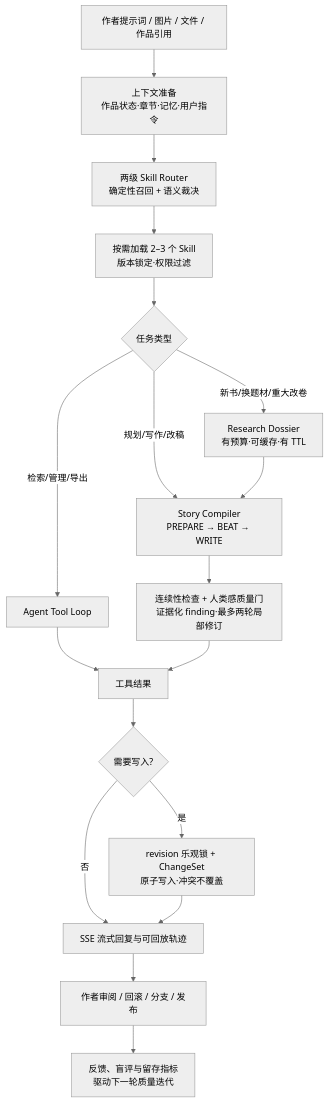
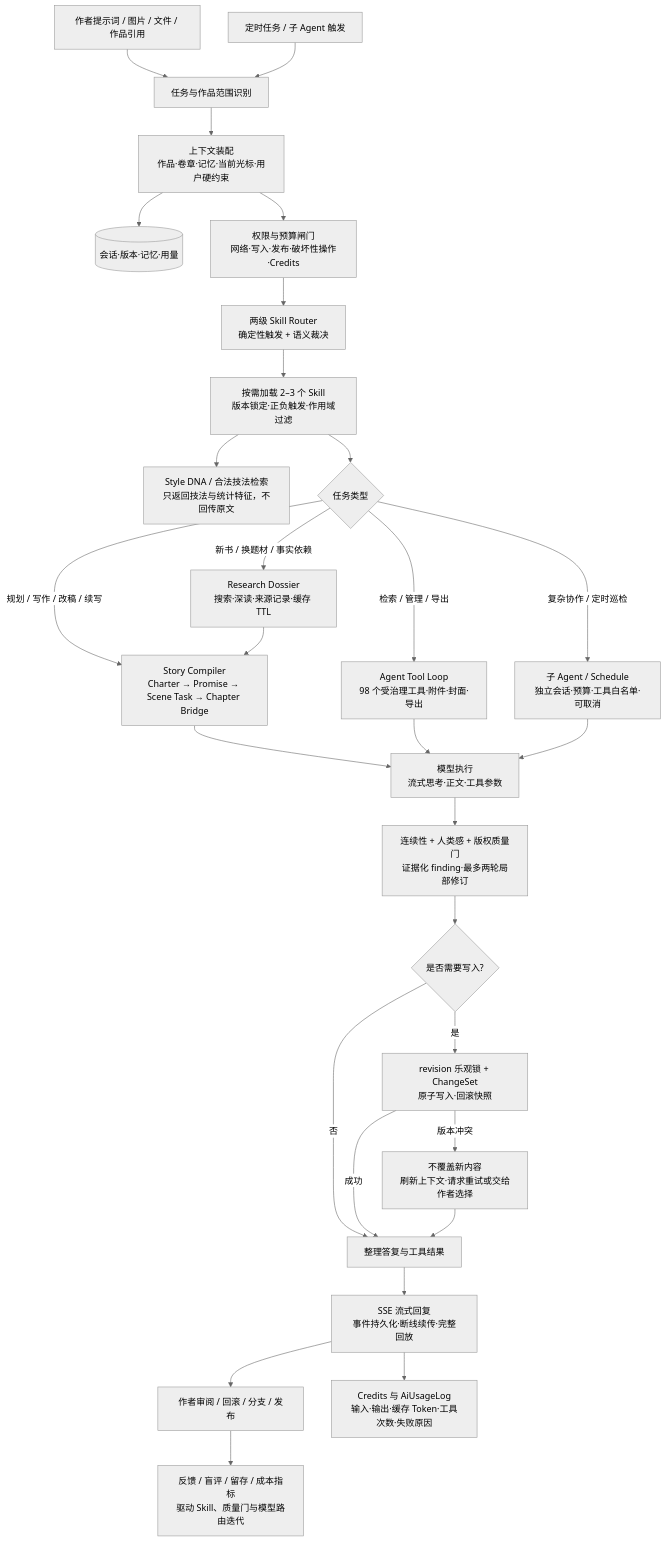
The first of 2 diagrams in README.md (Xcy8010/chevoink), drawn with Mermaid (neutral theme) before and after one commit. The commit also changed other lines of this file and 1 other file, not shown here.

Commit message:
docs: refine Agent 3.0 README flow

````diff
--- a/README.md
+++ b/README.md
@@ -34,20 +43,31 @@
 ```mermaid
 flowchart TD
-  A[作者提示词 / 图片 / 文件 / 作品引用] --> B[上下文准备<br/>作品状态·章节·记忆·用户指令]
-  B --> C[两级 Skill Router<br/>确定性召回 + 语义裁决]
-  C --> D[按需加载 2–3 个 Skill<br/>版本锁定·权限过滤]
-  D --> E{任务类型}
-  E -->|新书/换题材/重大改卷| F[Research Dossier<br/>有预算·可缓存·有 TTL]
-  E -->|规划/写作/改稿| G[Story Compiler<br/>PREPARE → BEAT → WRITE]
-  E -->|检索/管理/导出| H[Agent Tool Loop]
-  F --> G
-  G --> I[连续性检查 + 人类感质量门<br/>证据化 finding·最多两轮局部修订]
-  H --> J[工具结果]
-  I --> J
-  J --> K{需要写入?}
-  K -->|否| L[SSE 流式回复与可回放轨迹]
-  K -->|是| M[revision 乐观锁 + ChangeSet<br/>原子写入·冲突不覆盖]
-  M --> L
-  L --> N[作者审阅 / 回滚 / 分支 / 发布]
-  N --> O[反馈、盲评与留存指标<br/>驱动下一轮质量迭代]
+  A[作者提示词 / 图片 / 文件 / 作品引用] --> B[任务与作品范围识别]
+  T[定时任务 / 子 Agent 触发] --> B
+  B --> C[上下文装配<br/>作品·卷章·记忆·当前光标·用户硬约束]
+  C --> C1[(会话·版本·记忆·用量)]
+  C --> D[权限与预算闸门<br/>网络·写入·发布·破坏性操作·Credits]
+  D --> E[两级 Skill Router<br/>确定性触发 + 语义裁决]
+  E --> F[按需加载 2–3 个 Skill<br/>版本锁定·正负触发·作用域过滤]
+  F --> F1[Style DNA / 合法技法检索<br/>只返回技法与统计特征，不回传原文]
+  F --> G{任务类型}
+  G -->|新书 / 换题材 / 事实依赖| H[Research Dossier<br/>搜索·深读·来源记录·缓存 TTL]
+  G -->|规划 / 写作 / 改稿 / 续写| I[Story Compiler<br/>Charter → Promise → Scene Task → Chapter Bridge]
+  G -->|检索 / 管理 / 导出| J[Agent Tool Loop<br/>98 个受治理工具·附件·封面·导出]
+  G -->|复杂协作 / 定时巡检| K[子 Agent / Schedule<br/>独立会话·预算·工具白名单·可取消]
+  H --> I
+  I --> L[模型执行<br/>流式思考·正文·工具参数]
+  J --> L
+  K --> L
+  L --> M[连续性 + 人类感 + 版权质量门<br/>证据化 finding·最多两轮局部修订]
+  M --> N{是否需要写入?}
+  N -->|否| O[整理答复与工具结果]
+  N -->|是| P[revision 乐观锁 + ChangeSet<br/>原子写入·回滚快照]
+  P -->|成功| O
+  P -->|版本冲突| Q[不覆盖新内容<br/>刷新上下文·请求重试或交给作者选择]
+  Q --> O
+  O --> R[SSE 流式回复<br/>事件持久化·断线续传·完整回放]
+  R --> S[作者审阅 / 回滚 / 分支 / 发布]
+  R --> U[Credits 与 AiUsageLog<br/>输入·输出·缓存 Token·工具次数·失败原因]
+  S --> V[反馈 / 盲评 / 留存 / 成本指标<br/>驱动 Skill、质量门与模型路由迭代]
 ```
````
